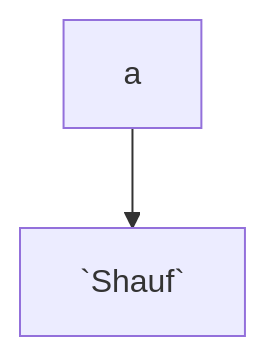
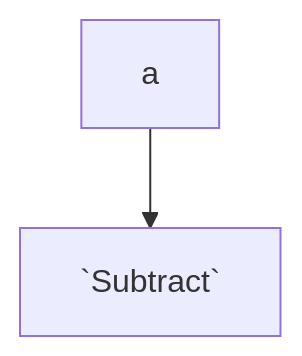
One commit to swimmio/csharp-shaul-test changed the diagram in .swm/mermaid-115.3uilhbnn.sw.md. Above: the diagram before and after it, drawn with Mermaid. The commit also changed other lines of this file, not shown here.

Commit message:
docs(swimm): update doc: "Mermaid 1.15"

````diff
--- a/.swm/mermaid-115.3uilhbnn.sw.md
+++ b/.swm/mermaid-115.3uilhbnn.sw.md
@@ -13,4 +13,4 @@
 ```mermaid
 graph TD
-a --> `Shauf`
+a --> `Subtract`
 ```
````
